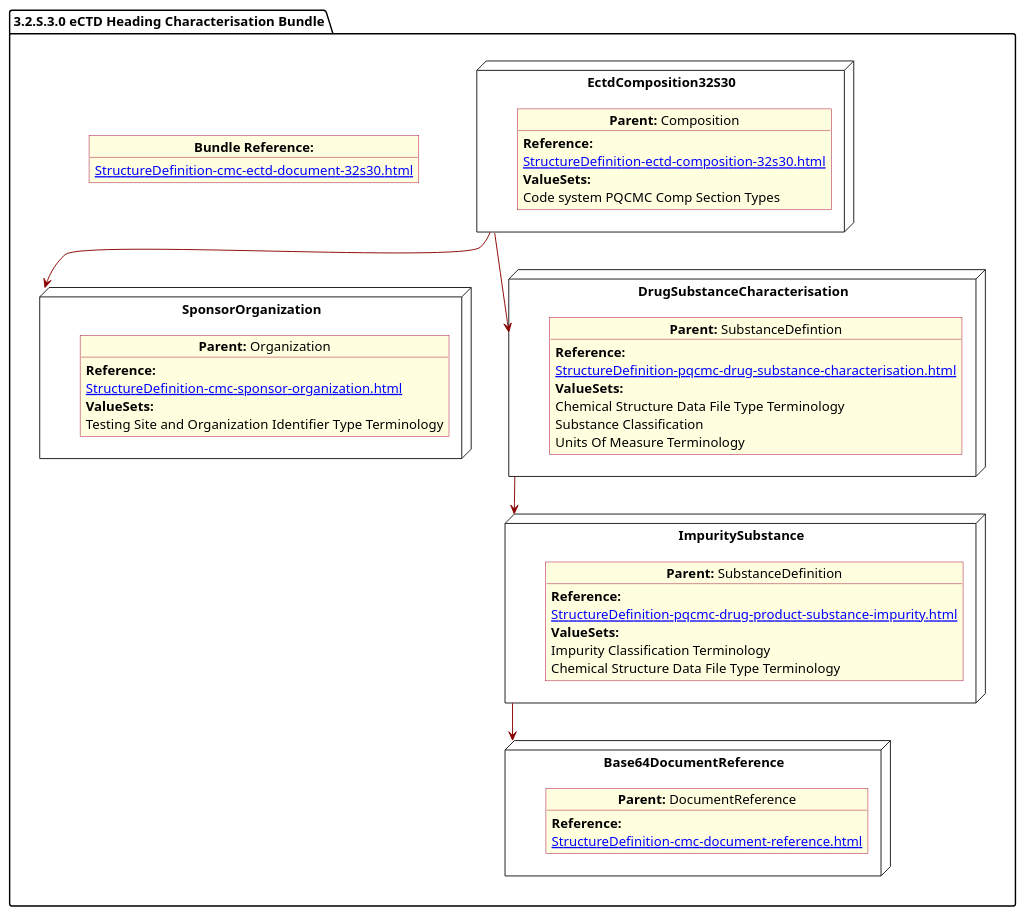
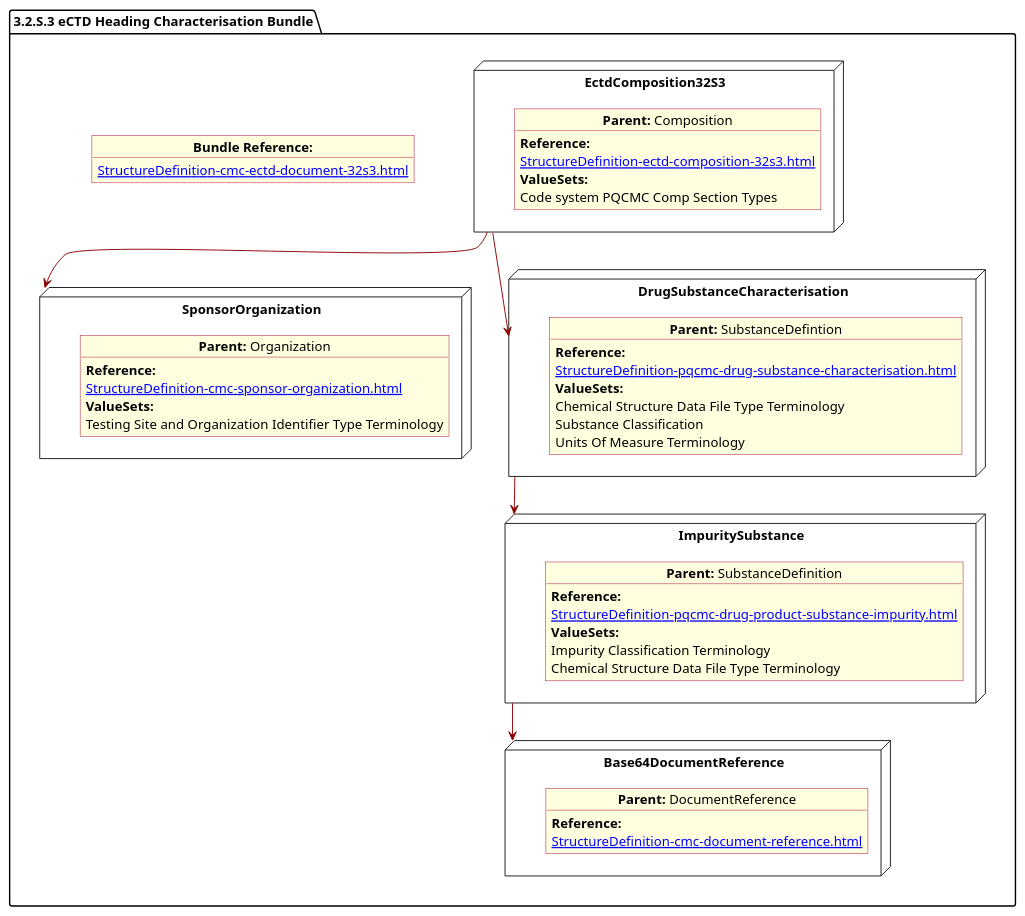
One commit to HL7/FHIR-us-pq-cmc-fda changed the diagram in input/images-source/SubstanceImpurity.plantuml. Above: the diagram before and after it, drawn with PlantUML. The commit also changed 9 other files, not shown here.

```diff
--- a/input/images-source/SubstanceImpurity.plantuml
+++ b/input/images-source/SubstanceImpurity.plantuml
@@ -1,72 +1,72 @@
 @startuml SubstanceImpurity
 allowmixing
 'Mixed model of use case and object
 skinparam svgDimensionStyle false
 skinparam ObjectBackgroundColor LightYellow
 skinparam ObjectBorderColor #A80036
 skinparam activityDiamondBorderColor #A80036
 skinparam activityDiamondBackgroundColor lawnGreen
 skinparam ClassBorderThickness 4
 
-package "3.2.S.3.0 eCTD Heading Characterisation Bundle" as NODES {
+package "3.2.S.3 eCTD Heading Characterisation Bundle" as NODES {
   object "**Bundle Reference:**" as objbun {
-    [[StructureDefinition-cmc-ectd-document-32s30.html]]
+    [[StructureDefinition-cmc-ectd-document-32s3.html]]
   }
 
-  node "EctdComposition32S30" as N1 {
+  node "EctdComposition32S3" as N1 {
 
     object "**Parent:** Composition" as obj1 {
       **Reference:**
-      [[StructureDefinition-ectd-composition-32s30.html]]
+      [[StructureDefinition-ectd-composition-32s3.html]]
       **ValueSets:**
       Code system PQCMC Comp Section Types
     }
   }
   node "SponsorOrganization" as NSO {
 
     object "**Parent:** Organization" as objAu {
       **Reference:**
       [[StructureDefinition-cmc-sponsor-organization.html]]
       **ValueSets:**
       Testing Site and Organization Identifier Type Terminology
     }
   }
 
   node "DrugSubstanceCharacterisation" as NN {
 
     object "**Parent:** SubstanceDefintion" as obj3 {
 
       **Reference:**
       [[StructureDefinition-pqcmc-drug-substance-characterisation.html]]
       **ValueSets:**
       Chemical Structure Data File Type Terminology
       Substance Classification
       Units Of Measure Terminology
     }
   }
 
   node "ImpuritySubstance" as N6 {
 
     object "**Parent:** SubstanceDefinition" as obj2 {
       **Reference:**
       [[StructureDefinition-pqcmc-drug-product-substance-impurity.html]]
       **ValueSets:**
       Impurity Classification Terminology
       Chemical Structure Data File Type Terminology
     }
   }
   node "Base64DocumentReference" as NB64 {
 
     object "**Parent:** DocumentReference"  as obj64 {
 
       **Reference:**
       [[StructureDefinition-cmc-document-reference.html]]
     }
 
   }
   N1 -[#darkred]-> NSO
   NN -[#darkred]-> N6
   N1 -[#darkred]-> NN
   N6 -[#darkred]-> NB64
 }
 @enduml
```
